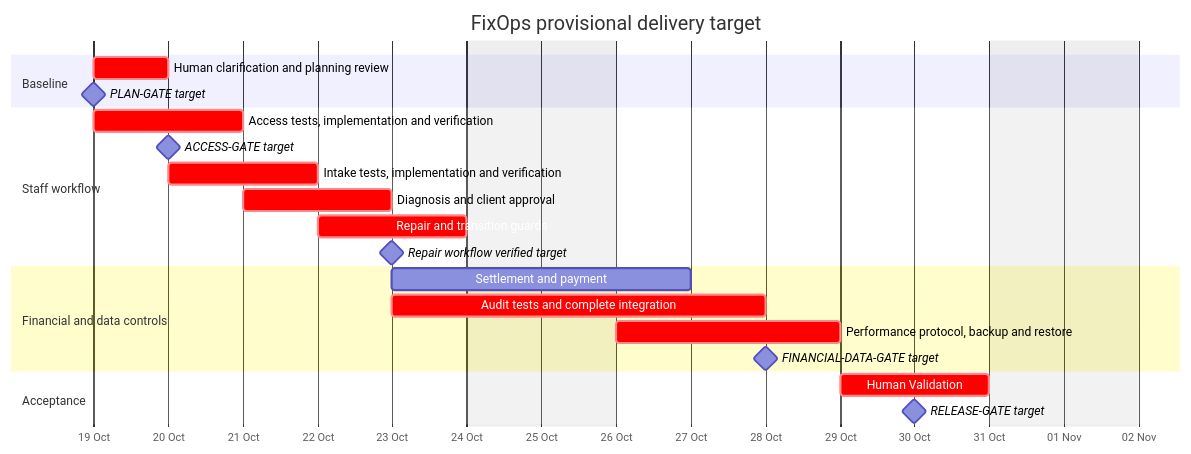
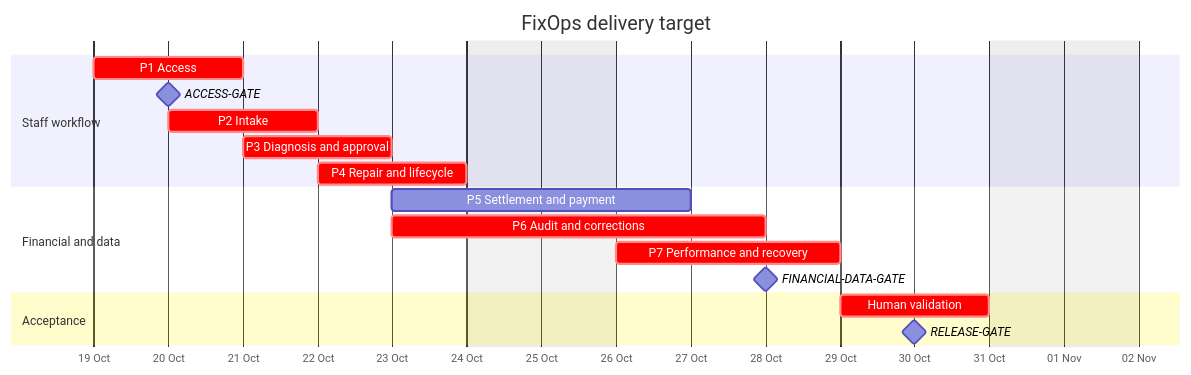
One commit to dmutr06/fix-ops changed the diagram in docs/delivery_plan.md. Above: the diagram before and after it, drawn with Mermaid. The commit also changed other lines of this file and 9 other files, not shown here.

````diff
--- a/docs/delivery_plan.md
+++ b/docs/delivery_plan.md
@@ -54,25 +74,21 @@
 ```mermaid
 gantt
-    title FixOps provisional delivery target
+    title FixOps delivery target
     dateFormat YYYY-MM-DD
     axisFormat %d %b
     excludes weekends
-    section Baseline
-    Human clarification and planning review :crit, base, 2026-10-19, 1d
-    PLAN-GATE target :milestone, plan, 2026-10-19, 0d
     section Staff workflow
-    Access tests, implementation and verification :crit, access, 2026-10-19, 2d
-    ACCESS-GATE target :milestone, access_gate, 2026-10-20, 0d
-    Intake tests, implementation and verification :crit, intake, 2026-10-20, 2d
-    Diagnosis and client approval :crit, diagnosis, 2026-10-21, 2d
-    Repair and transition guards :crit, repair, 2026-10-22, 2d
-    Repair workflow verified target :milestone, workflow_gate, 2026-10-23, 0d
-    section Financial and data controls
-    Settlement and payment :settlement, 2026-10-23, 2d
-    Audit tests and complete integration :crit, audit, 2026-10-23, 3d
-    Performance protocol, backup and restore :crit, ops, 2026-10-26, 3d
-    FINANCIAL-DATA-GATE target :milestone, safety, 2026-10-28, 0d
+    P1 Access :crit, access, 2026-10-19, 2d
+    ACCESS-GATE :milestone, 2026-10-20, 0d
+    P2 Intake :crit, intake, 2026-10-20, 2d
+    P3 Diagnosis and approval :crit, diagnosis, 2026-10-21, 2d
+    P4 Repair and lifecycle :crit, repair, 2026-10-22, 2d
+    section Financial and data
+    P5 Settlement and payment :settlement, 2026-10-23, 2d
+    P6 Audit and corrections :crit, audit, 2026-10-23, 3d
+    P7 Performance and recovery :crit, ops, 2026-10-26, 3d
+    FINANCIAL-DATA-GATE :milestone, 2026-10-28, 0d
     section Acceptance
-    Human Validation :crit, validation, 2026-10-29, 2d
-    RELEASE-GATE target :milestone, release, 2026-10-30, 0d
+    Human validation :crit, validation, 2026-10-29, 2d
+    RELEASE-GATE :milestone, 2026-10-30, 0d
 ```
````
